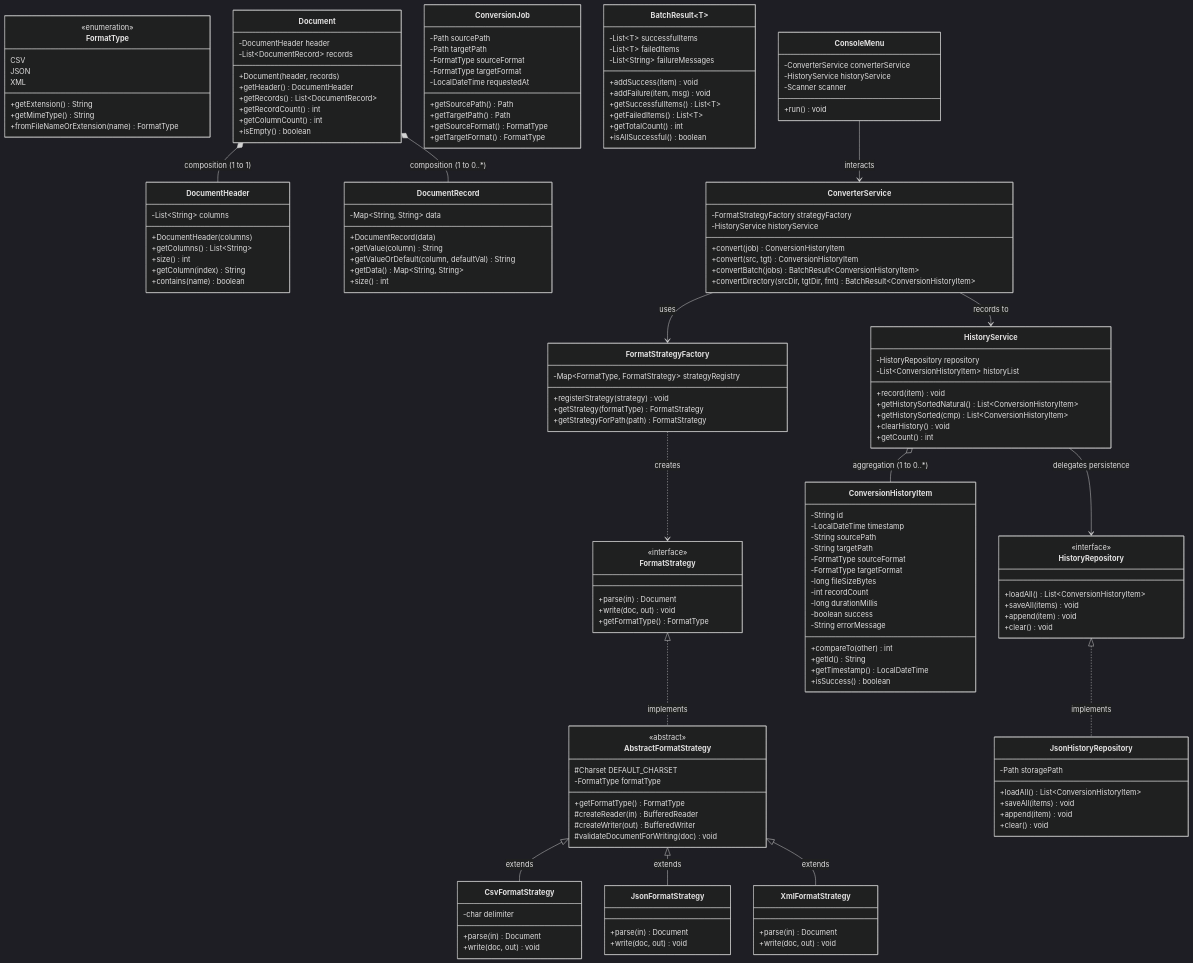
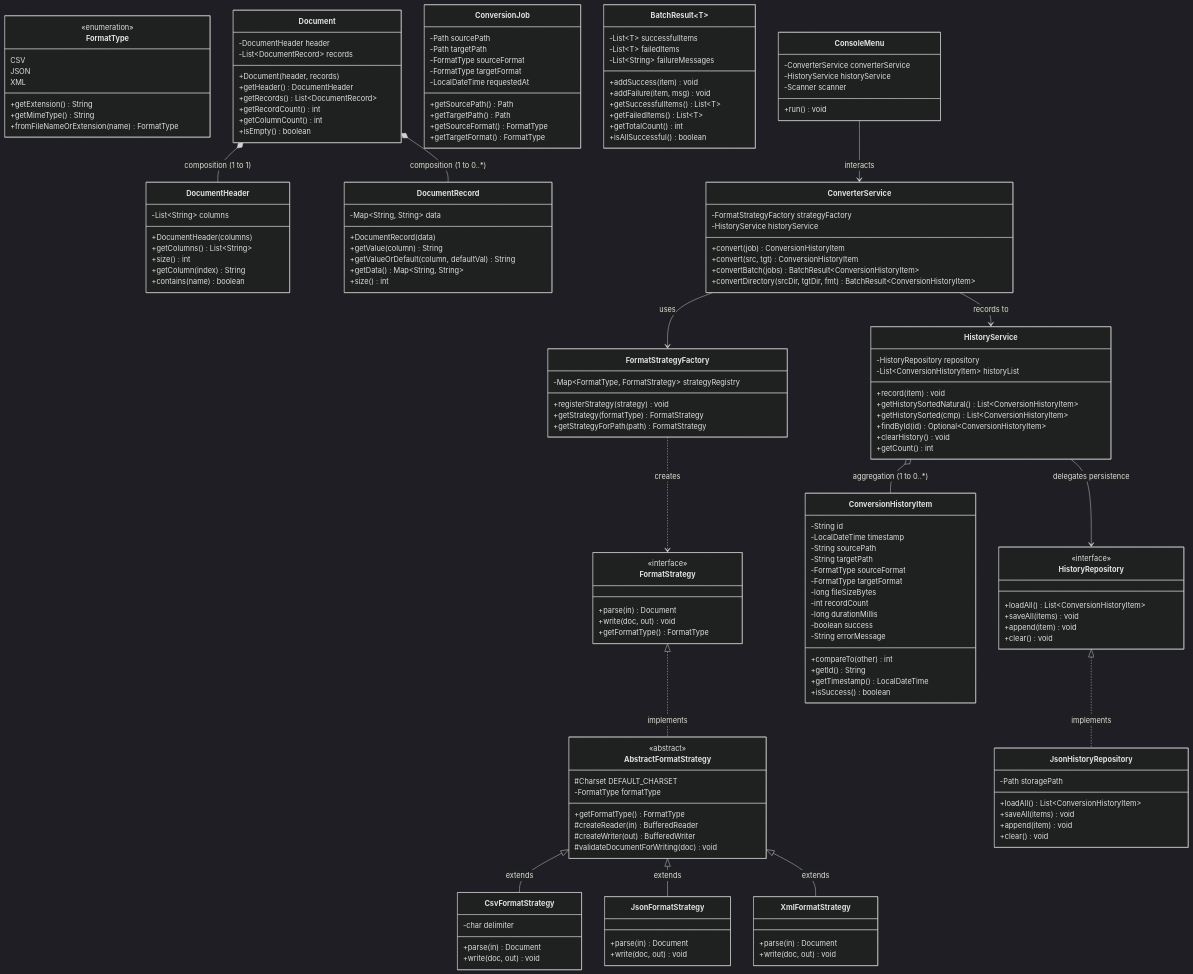
The diagram in docs/uml-class-diagram.md (PBARAT67/Programozas2_beadando), drawn with Mermaid (dark theme) before and after one commit. The commit also changed 5 other files, not shown here.

Commit message:
feat(ui): add ability to select and re-convert files from conversion history

```diff
--- a/docs/uml-class-diagram.md
+++ b/docs/uml-class-diagram.md
@@ -149,6 +149,7 @@
         +record(item) void
         +getHistorySortedNatural() List~ConversionHistoryItem~
         +getHistorySorted(cmp) List~ConversionHistoryItem~
+        +findById(id) Optional~ConversionHistoryItem~
         +clearHistory() void
         +getCount() int
     }
```
